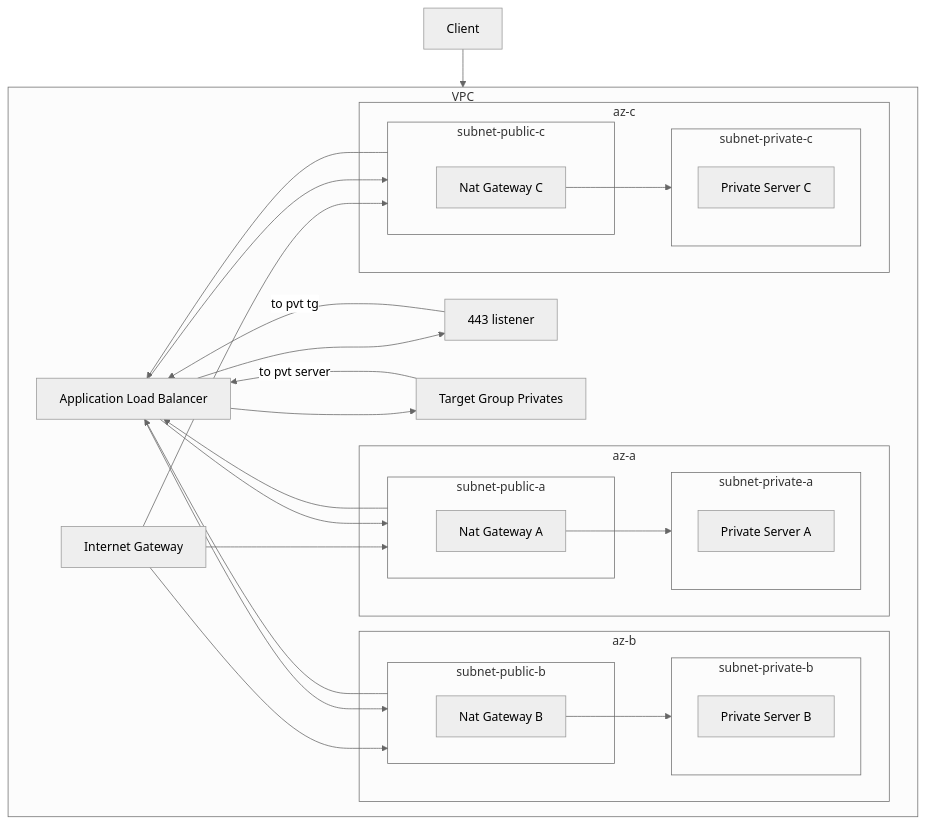
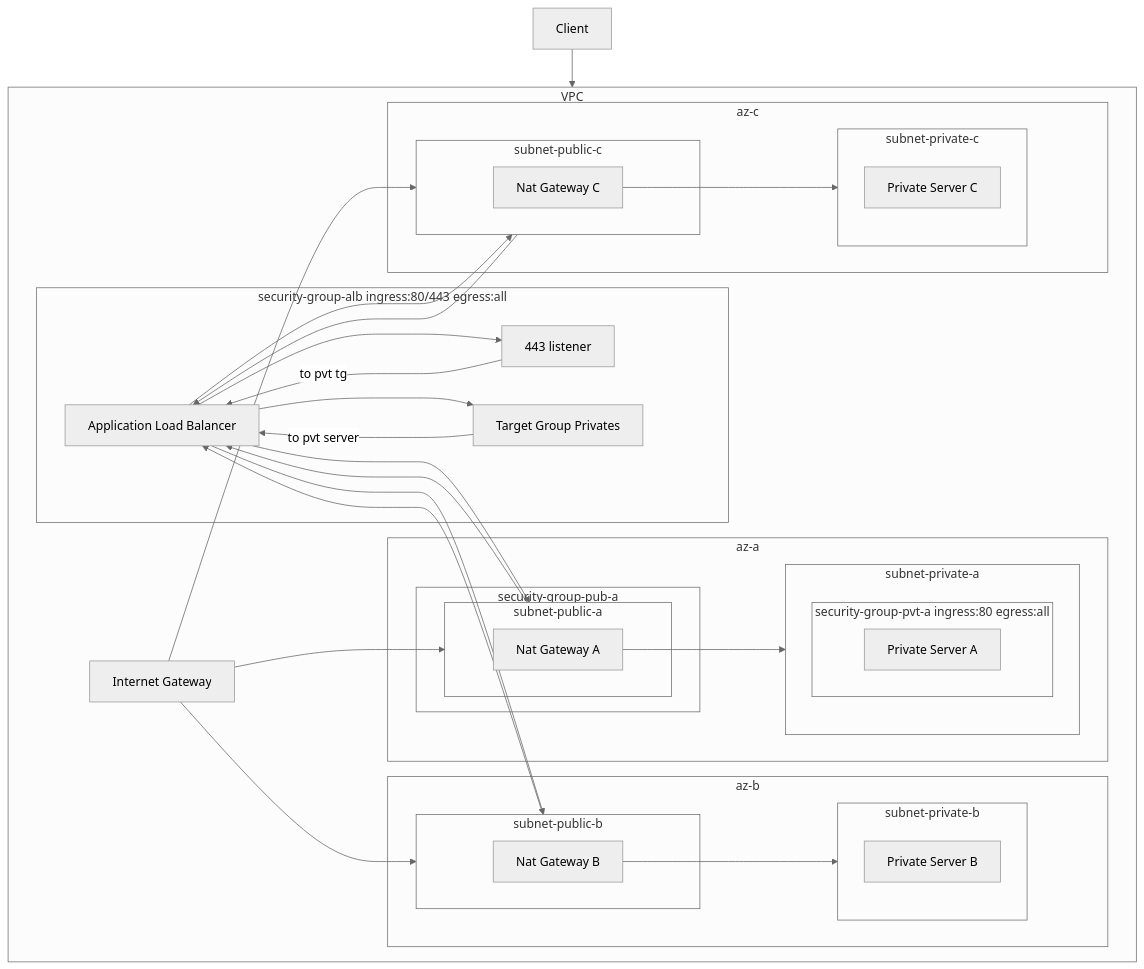
Before and after one commit to SHerlihy/sherlihy-dot-com: the diagram in current-diagrams/infra.md, drawn with Mermaid (neutral theme). The commit also changed 2 other files, not shown here.

Commit message:
simplify diagram

````diff
--- a/current-diagrams/infra.md
+++ b/current-diagrams/infra.md
@@ -1,71 +1,77 @@
 ```mermaid
 flowchart TD
     cli[Client]
     ig[Internet Gateway]
 
     cli-->VPC
 
     subgraph VPC
 
-        alb[Application Load Balancer]
-        httpsListner[443 listener]
-        pvtsTG[Target Group Privates]
+        subgraph security-group-alb ingress:80/443 egress:all
+            alb[Application Load Balancer]
+            httpsListner[443 listener]
+            pvtsTG[Target Group Privates]
+        end
 
         alb-->httpsListner
         httpsListner-->|to pvt tg|alb
         
         alb-->pvtsTG
         pvtsTG-->|to pvt server|alb
 
         subnet-public-a-->alb
         subnet-public-b-->alb
         subnet-public-c-->alb
 
         ig-->subnet-public-a
         ig-->subnet-public-b
         ig-->subnet-public-c
 
         alb-->subnet-public-a
         alb-->subnet-public-b
         alb-->subnet-public-c
 
         subgraph az-a
             
-            subgraph subnet-public-a
-                natA[Nat Gateway A]
+            subgraph security-group-pub-a
+                subgraph subnet-public-a
+                    natA[Nat Gateway A]
+                end
             end
 
             natA-->subnet-private-a
 
             subgraph subnet-private-a
-                pvtA[Private Server A]
+                subgraph security-group-pvt-a ingress:80 egress:all
+                    pvtA[Private Server A]
+                end
             end
         end
         
         subgraph az-b
             
             subgraph subnet-public-b
                 natB[Nat Gateway B]
             end
             
             natB-->subnet-private-b
 
             subgraph subnet-private-b
                 pvtB[Private Server B]
             end
         end
 
         subgraph az-c
             
             subgraph subnet-public-c
                 natC[Nat Gateway C]
             end
             
             natC-->subnet-private-c
 
             subgraph subnet-private-c
                 pvtC[Private Server C]
             end
         end
     end
 ```
````
